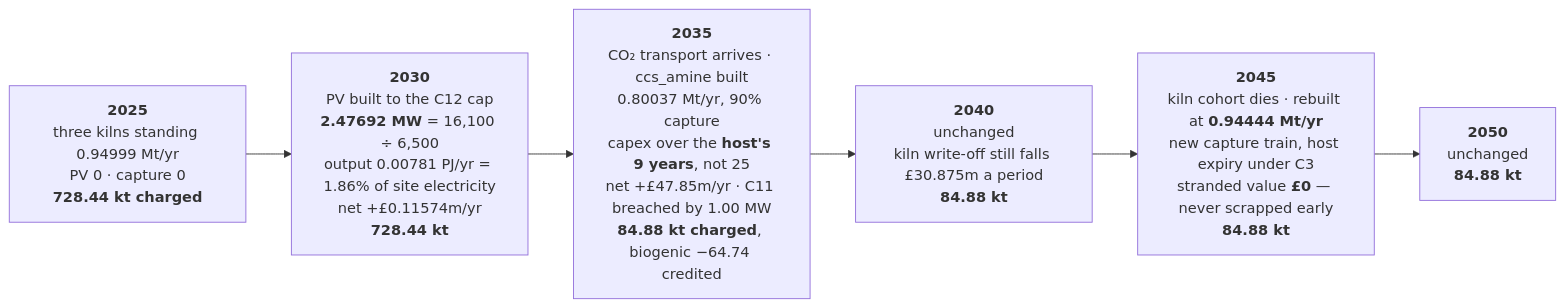
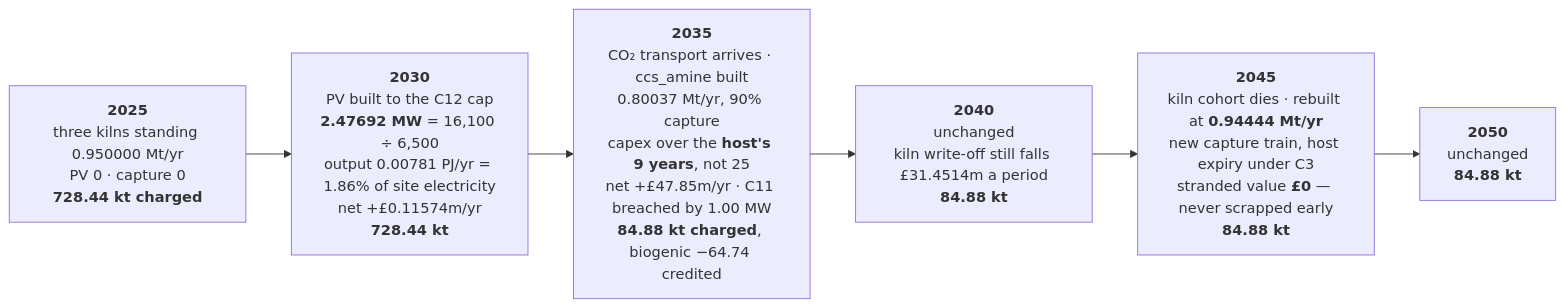
The fourth of 7 diagrams in docs/notes/19_worked_example_data_flow.md (AlexandreLab/comit), drawn with Mermaid before and after one commit. The commit also changed other lines of this file and 22 other files, not shown here.

````diff
--- a/docs/notes/19_worked_example_data_flow.md
+++ b/docs/notes/19_worked_example_data_flow.md
@@ -200,11 +203,11 @@
 ```mermaid
 flowchart LR
-  T25["<b>2025</b><br/>three kilns standing 0.94999 Mt/yr<br/>PV 0 · capture 0<br/><b>728.44 kt charged</b>"]
+  T25["<b>2025</b><br/>three kilns standing 0.950000 Mt/yr<br/>PV 0 · capture 0<br/><b>728.44 kt charged</b>"]
   T30["<b>2030</b><br/>PV built to the C12 cap<br/><b>2.47692 MW</b> = 16,100 ÷ 6,500<br/>output 0.00781 PJ/yr = 1.86% of site electricity<br/>net +£0.11574m/yr<br/><b>728.44 kt</b>"]
   T35["<b>2035</b><br/>CO₂ transport arrives · ccs_amine built<br/>0.80037 Mt/yr, 90% capture<br/>capex over the <b>host's 9 years</b>, not 25<br/>net +£47.85m/yr · C11 breached by 1.00 MW<br/><b>84.88 kt charged</b>, biogenic −64.74 credited"]
-  T40["<b>2040</b><br/>unchanged<br/>kiln write-off still falls £30.875m a period<br/><b>84.88 kt</b>"]
+  T40["<b>2040</b><br/>unchanged<br/>kiln write-off still falls £31.4514m a period<br/><b>84.88 kt</b>"]
   T45["<b>2045</b><br/>kiln cohort dies · rebuilt at <b>0.94444 Mt/yr</b><br/>new capture train, host expiry under C3<br/>stranded value <b>£0</b> — never scrapped early<br/><b>84.88 kt</b>"]
   T50["<b>2050</b><br/>unchanged<br/><b>84.88 kt</b>"]
 
   T25 --> T30 --> T35 --> T40 --> T45 --> T50
 ```
````
